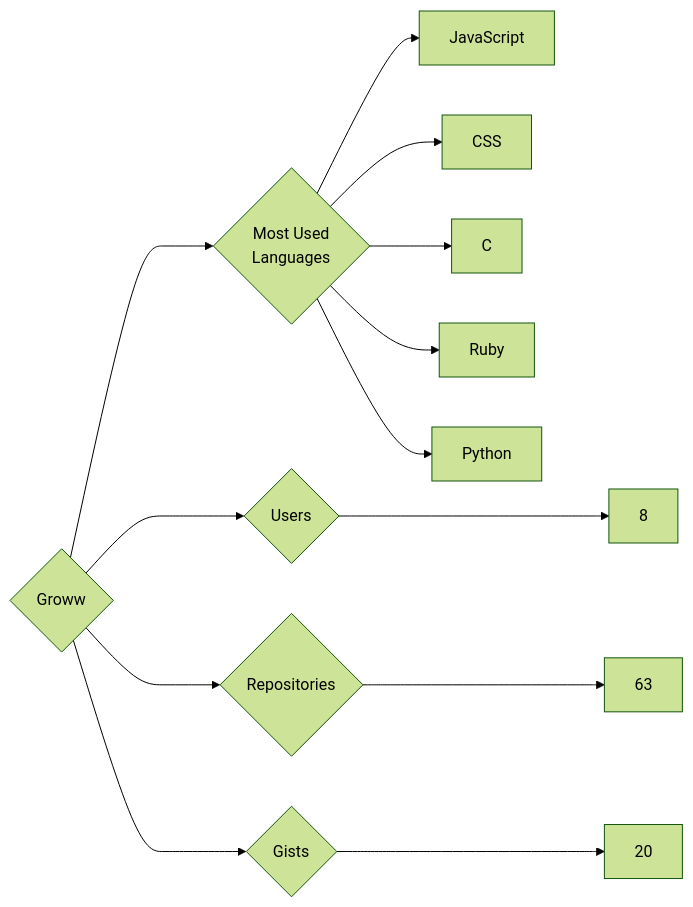
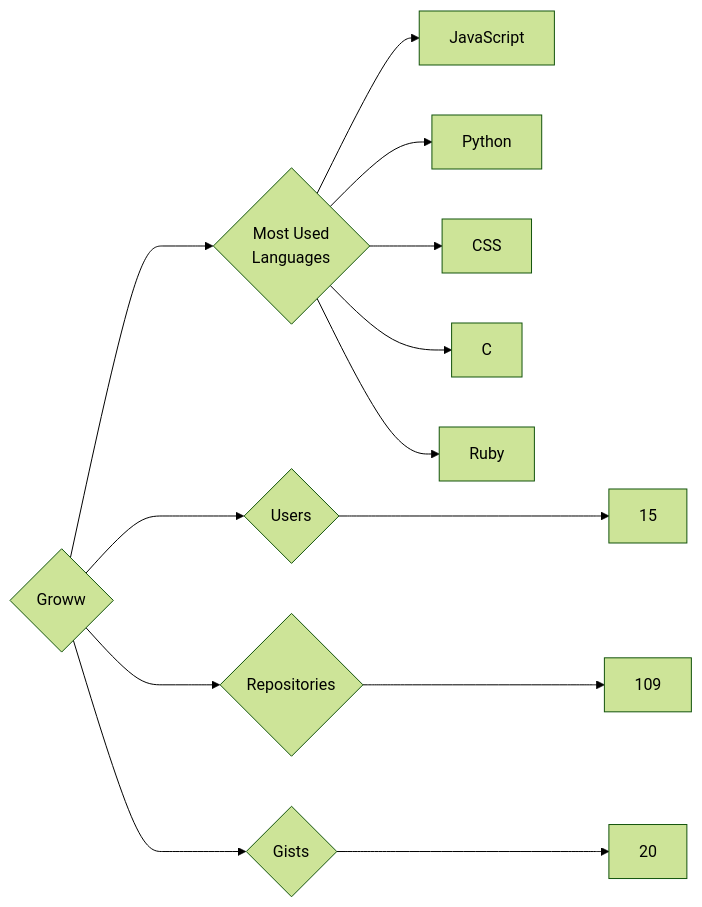
One commit to trickest/insiders changed the diagram in targets/Groww/README.md. Above: the diagram before and after it, drawn with Mermaid (forest theme). The commit also changed 1148 other files, not shown here.

````diff
--- a/targets/Groww/README.md
+++ b/targets/Groww/README.md
@@ -3,13 +3,13 @@
 ```mermaid
 graph LR
 COMPANY_NAME{Groww}
-COMPANY_NAME ---> U{Users} ---> UN[8]
-COMPANY_NAME ---> R{Repositories} ---> RN[63]
+COMPANY_NAME ---> U{Users} ---> UN[15]
+COMPANY_NAME ---> R{Repositories} ---> RN[109]
 COMPANY_NAME ---> G{Gists} ---> GN[20]
 COMPANY_NAME ---> ML{Most Used<br>Languages}
 ML --> JavaScript[JavaScript]
+ML --> Python[Python]
 ML --> CSS[CSS]
 ML --> C[C]
 ML --> Ruby[Ruby]
-ML --> Python[Python]
 ```
````
